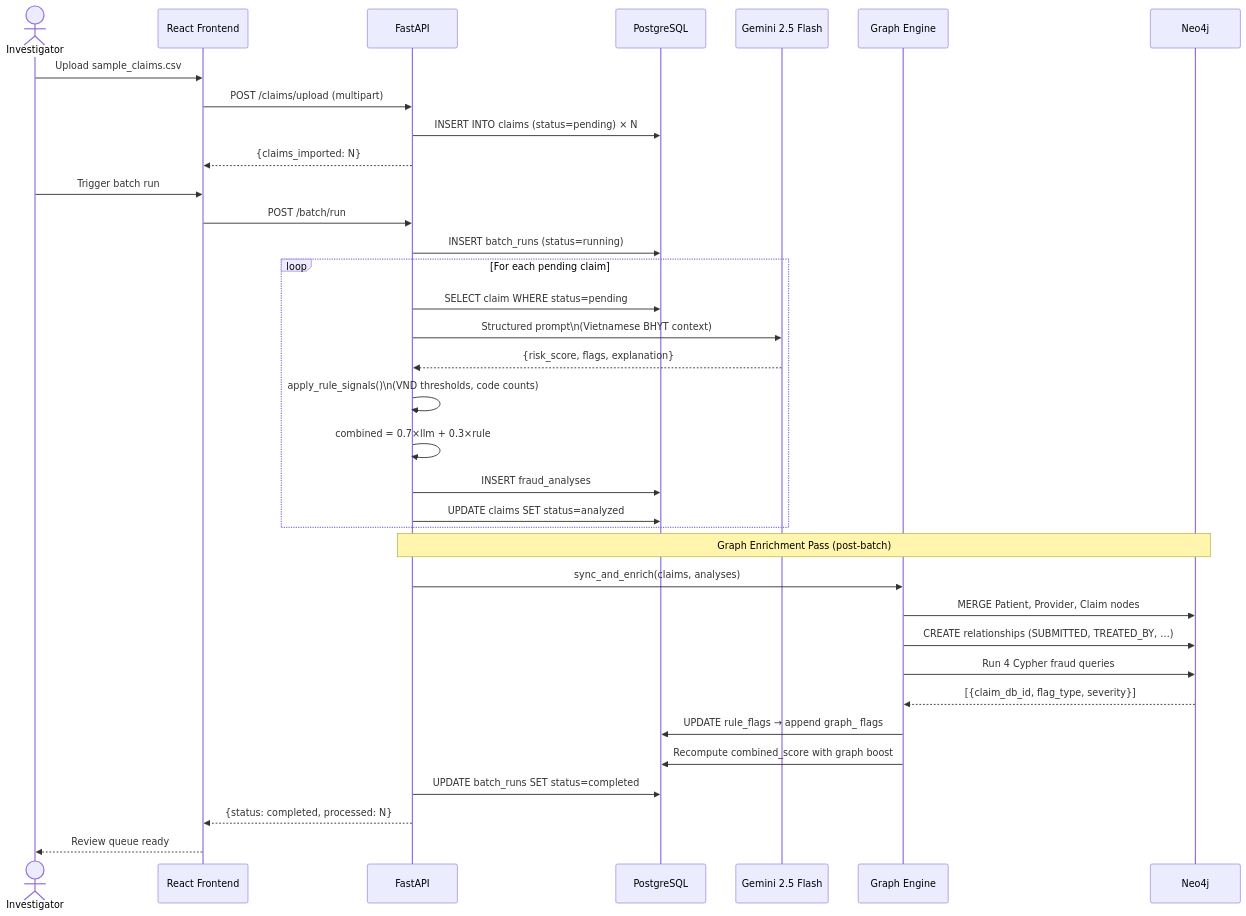
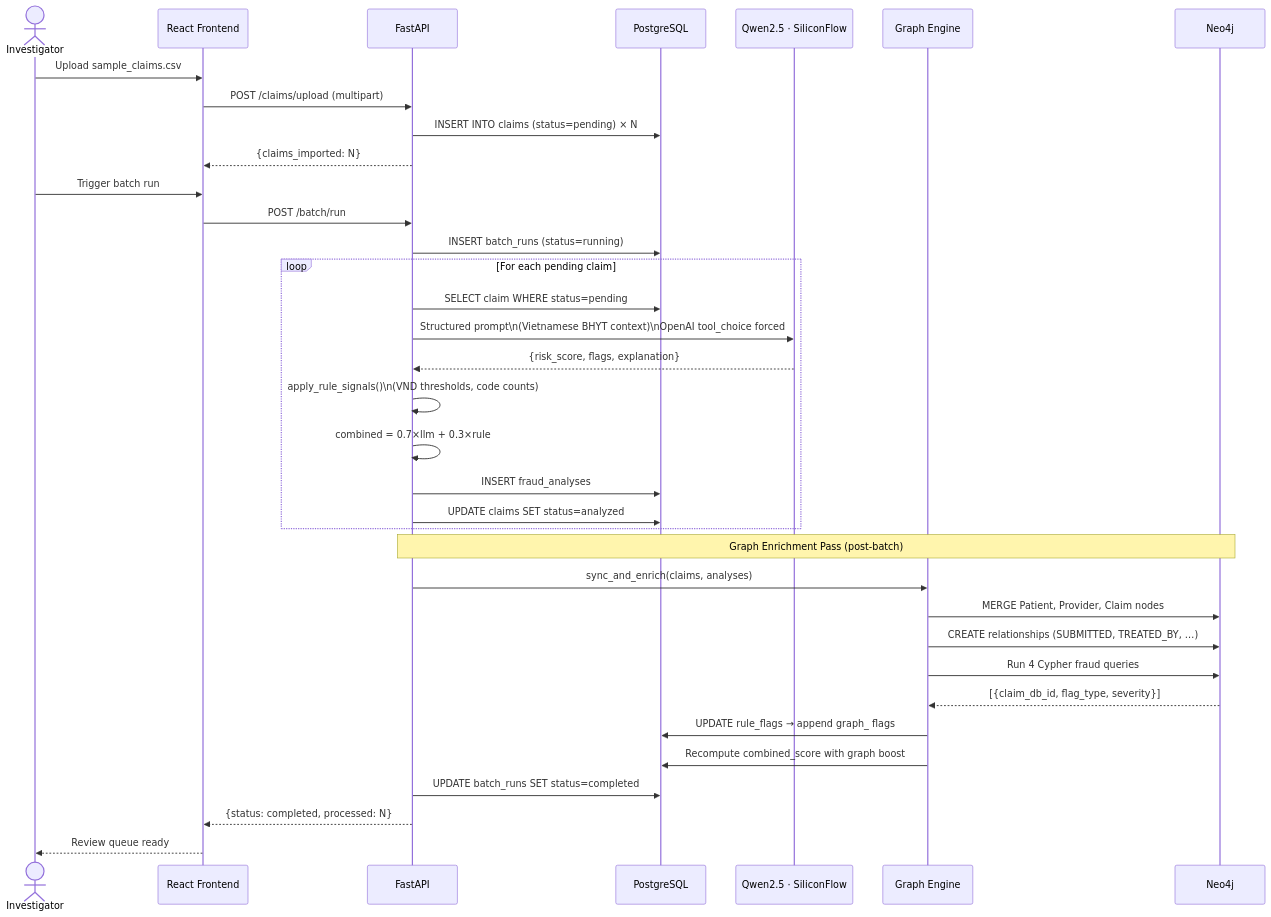
One commit to nguyenduy-math/agentichouse changed the fourth of 5 diagrams in fraud-risks-system/HLD.md. Above: the diagram before and after it, drawn with Mermaid. The commit also changed other lines of this file and 1 other file, not shown here.

Commit message:
i learn silicon flow

````diff
--- a/fraud-risks-system/HLD.md
+++ b/fraud-risks-system/HLD.md
@@ -258,42 +258,42 @@
 ```mermaid
 sequenceDiagram
     actor Inv as Investigator
     participant FE  as React Frontend
     participant API as FastAPI
     participant DB  as PostgreSQL
-    participant LLM as Gemini 2.5 Flash
+    participant LLM as Qwen2.5 · SiliconFlow
     participant GE  as Graph Engine
     participant NEO as Neo4j
 
     Inv->>FE: Upload sample_claims.csv
     FE->>API: POST /claims/upload (multipart)
     API->>DB: INSERT INTO claims (status=pending) × N
     API-->>FE: {claims_imported: N}
 
     Inv->>FE: Trigger batch run
     FE->>API: POST /batch/run
     API->>DB: INSERT batch_runs (status=running)
 
     loop For each pending claim
         API->>DB: SELECT claim WHERE status=pending
-        API->>LLM: Structured prompt\n(Vietnamese BHYT context)
+        API->>LLM: Structured prompt\n(Vietnamese BHYT context)\nOpenAI tool_choice forced
         LLM-->>API: {risk_score, flags, explanation}
         API->>API: apply_rule_signals()\n(VND thresholds, code counts)
         API->>API: combined = 0.7×llm + 0.3×rule
         API->>DB: INSERT fraud_analyses
         API->>DB: UPDATE claims SET status=analyzed
     end
 
     Note over API,NEO: Graph Enrichment Pass (post-batch)
     API->>GE: sync_and_enrich(claims, analyses)
     GE->>NEO: MERGE Patient, Provider, Claim nodes
     GE->>NEO: CREATE relationships (SUBMITTED, TREATED_BY, …)
     GE->>NEO: Run 4 Cypher fraud queries
     NEO-->>GE: [{claim_db_id, flag_type, severity}]
     GE->>DB: UPDATE rule_flags → append graph_ flags
     GE->>DB: Recompute combined_score with graph boost
 
     API->>DB: UPDATE batch_runs SET status=completed
     API-->>FE: {status: completed, processed: N}
     FE-->>Inv: Review queue ready
 ```
````
